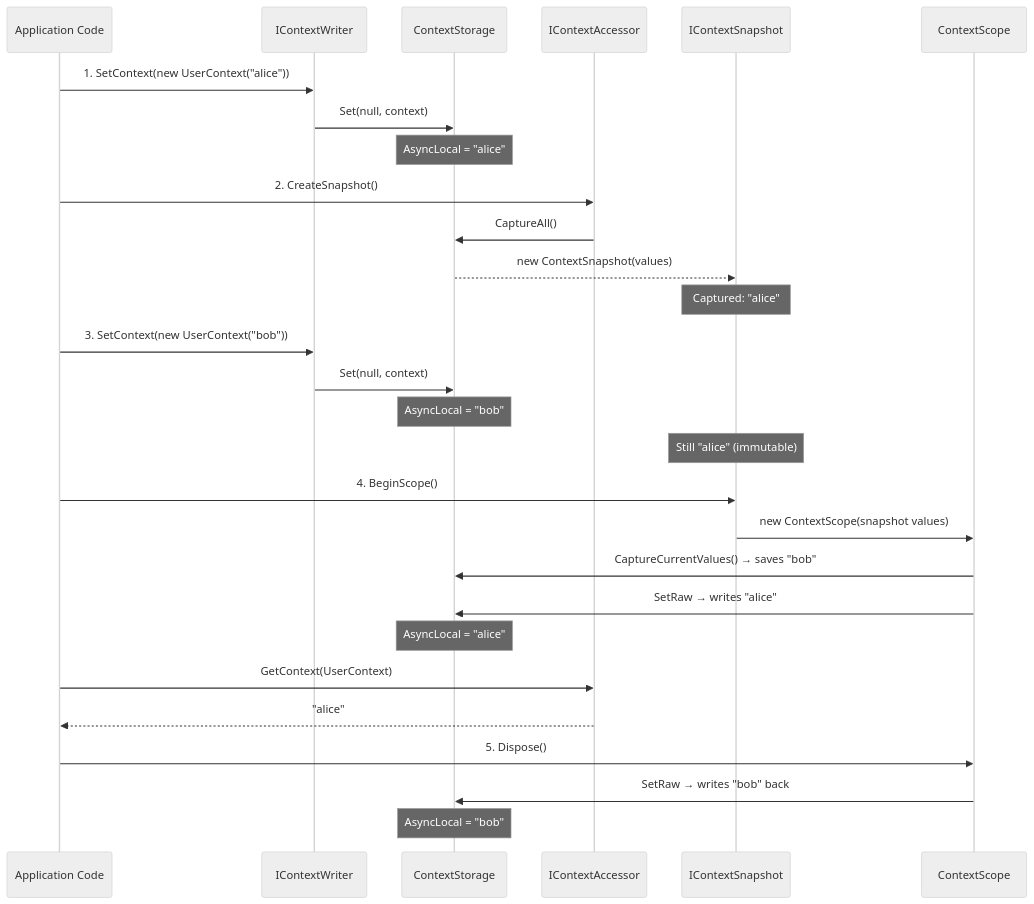
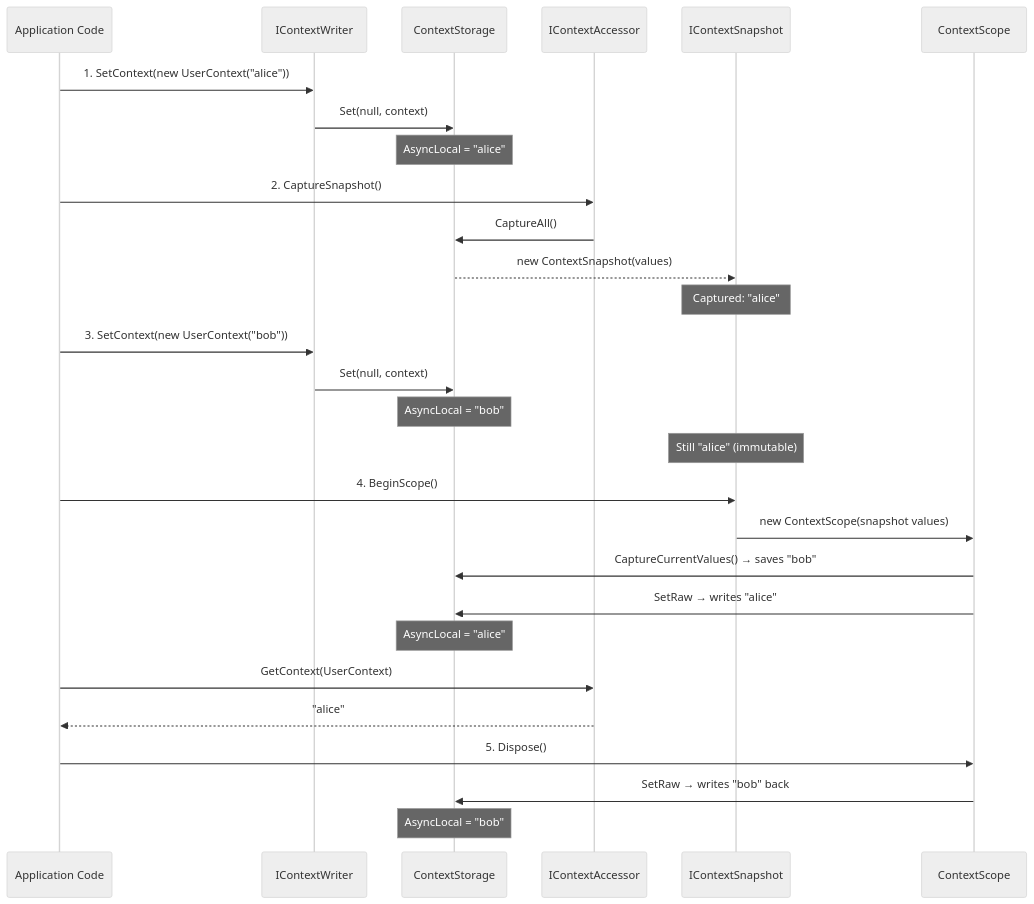
One commit to arttonoyan/ContextR changed the fifth of 8 diagrams in docs/ARCHITECTURE.md. Above: the diagram before and after it, drawn with Mermaid (neutral theme). The commit also changed other lines of this file and 49 other files, not shown here.

````diff
--- a/docs/ARCHITECTURE.md
+++ b/docs/ARCHITECTURE.md
@@ -362,36 +362,36 @@
 ```mermaid
 sequenceDiagram
     participant App as Application Code
     participant Writer as IContextWriter
     participant Store as ContextStorage
     participant Acc as IContextAccessor
     participant Snap as IContextSnapshot
     participant Scope as ContextScope
 
     App->>Writer: 1. SetContext(new UserContext("alice"))
     Writer->>Store: Set(null, context)
     Note over Store: AsyncLocal = "alice"
 
-    App->>Acc: 2. CreateSnapshot()
+    App->>Acc: 2. CaptureSnapshot()
     Acc->>Store: CaptureAll()
     Store-->>Snap: new ContextSnapshot(values)
     Note over Snap: Captured: "alice"
 
     App->>Writer: 3. SetContext(new UserContext("bob"))
     Writer->>Store: Set(null, context)
     Note over Store: AsyncLocal = "bob"
     Note over Snap: Still "alice" (immutable)
 
     App->>Snap: 4. BeginScope()
     Snap->>Scope: new ContextScope(snapshot values)
     Scope->>Store: CaptureCurrentValues() → saves "bob"
     Scope->>Store: SetRaw → writes "alice"
     Note over Store: AsyncLocal = "alice"
 
     App->>Acc: GetContext(UserContext)
     Acc-->>App: "alice"
 
     App->>Scope: 5. Dispose()
     Scope->>Store: SetRaw → writes "bob" back
     Note over Store: AsyncLocal = "bob"
 ```
````
